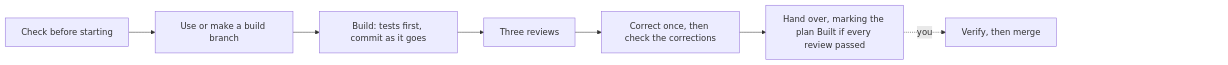
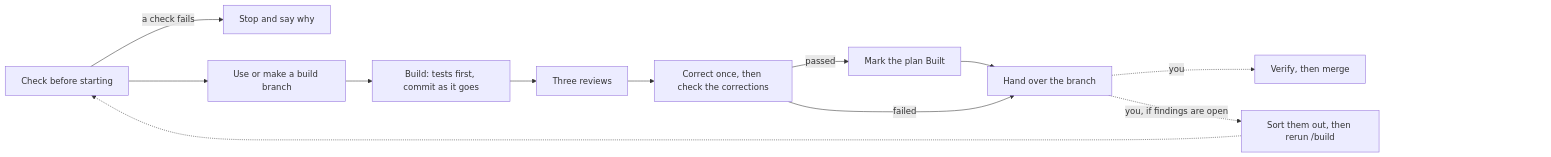
The diagram in docs/skills/build.md (michaelmarconi/agentic-engineering), drawn with Mermaid before and after one commit.

Commit message:
Show stops, failed checks and reruns in the /build flow

````diff
--- a/docs/skills/build.md
+++ b/docs/skills/build.md
@@ -13,11 +13,16 @@
 ```mermaid
 flowchart LR
-    Check[Check before starting] --> Branch[Use or make a build branch]
+    Check[Check before starting] -->|a check fails| Stop[Stop and say why]
+    Check --> Branch[Use or make a build branch]
     Branch --> Build[Build: tests first, commit as it goes]
     Build --> Review[Three reviews]
     Review --> Correct[Correct once, then check the corrections]
-    Correct --> Hand[Hand over, marking the plan Built if every review passed]
+    Correct -->|passed| Built[Mark the plan Built]
+    Built --> Hand[Hand over the branch]
+    Correct -->|failed| Hand
     Hand -.->|you| Verify[Verify, then merge]
+    Hand -.->|you, if findings are open| Sort[Sort them out, then rerun /build]
+    Sort -.-> Check
     Verify ~~~ Pad["#nbsp;#nbsp;#nbsp;#nbsp;#nbsp;#nbsp;#nbsp;#nbsp;#nbsp;#nbsp;#nbsp;#nbsp;#nbsp;#nbsp;#nbsp;#nbsp;#nbsp;#nbsp;#nbsp;#nbsp;#nbsp;#nbsp;#nbsp;#nbsp;#nbsp;#nbsp;#nbsp;#nbsp;#nbsp;#nbsp;#nbsp;#nbsp;#nbsp;#nbsp;#nbsp;#nbsp;#nbsp;#nbsp;#nbsp;#nbsp;"]
     style Pad fill:none,stroke:none
 ```
````
